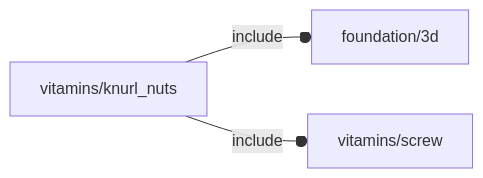
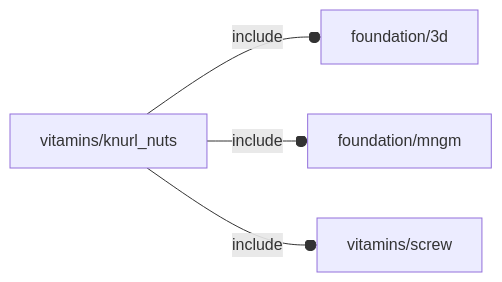
One commit to ggabbiani/OFL changed the diagram in orthodocs/vitamins/knurl_nuts.md. Above: the diagram before and after it, drawn with Mermaid. The commit also changed 39 other files, not shown here.

````diff
--- a/orthodocs/vitamins/knurl_nuts.md
+++ b/orthodocs/vitamins/knurl_nuts.md
@@ -5,5 +5,6 @@
 ```mermaid
 graph LR
     A1[vitamins/knurl_nuts] --o|include| A2[foundation/3d]
-    A1 --o|include| A3[vitamins/screw]
+    A1 --o|include| A3[foundation/mngm]
+    A1 --o|include| A4[vitamins/screw]
 ```
````
